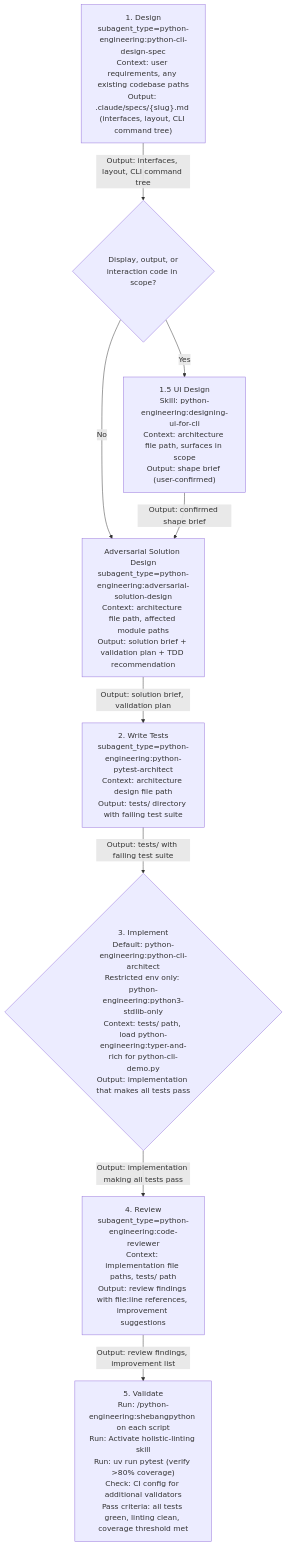
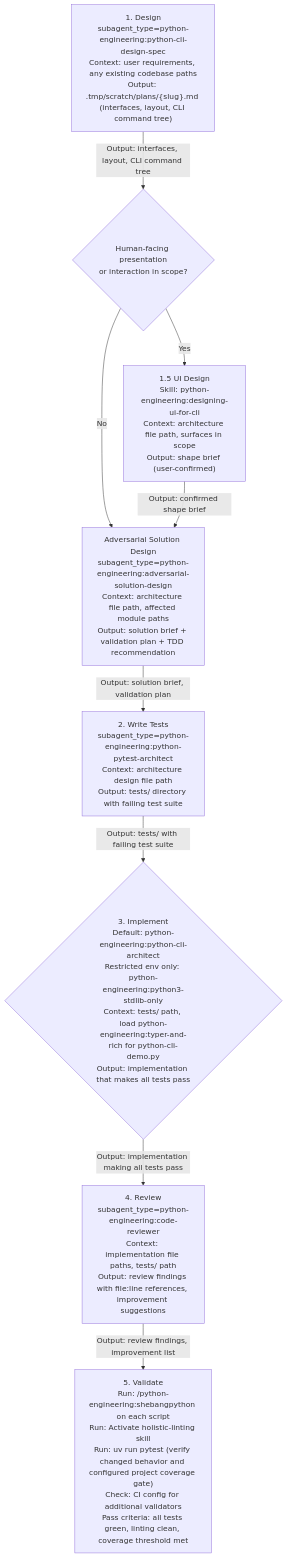
The first of 6 diagrams in plugins/python-engineering/skills/orchestrating-python-development/SKILL.md (Jamie-BitFlight/claude_skills), drawn with Mermaid before and after one commit. The commit also changed other lines of this file and 30 other files, not shown here.

Commit message:
fix(python-engineering): tighten contracts and preserve runtime semantics (#3863)

````diff
--- a/plugins/python-engineering/skills/orchestrating-python-development/SKILL.md
+++ b/plugins/python-engineering/skills/orchestrating-python-development/SKILL.md
@@ -51,19 +53,19 @@
 ```mermaid
 flowchart TD
-    S1["1. Design<br>subagent_type=python-engineering:python-cli-design-spec<br>Context: user requirements, any existing codebase paths<br>Output: .claude/specs/{slug}.md (interfaces, layout, CLI command tree)"]
+    S1["1. Design<br>subagent_type=python-engineering:python-cli-design-spec<br>Context: user requirements, any existing codebase paths<br>Output: .tmp/scratch/plans/{slug}.md (interfaces, layout, CLI command tree)"]
     S2["2. Write Tests<br>subagent_type=python-engineering:python-pytest-architect<br>Context: architecture design file path<br>Output: tests/ directory with failing test suite"]
     S3{"3. Implement<br>Default: python-engineering:python-cli-architect<br>Restricted env only: python-engineering:python3-stdlib-only<br>Context: tests/ path, load python-engineering:typer-and-rich for python-cli-demo.py<br>Output: implementation that makes all tests pass"}
     S4["4. Review<br>subagent_type=python-engineering:code-reviewer<br>Context: implementation file paths, tests/ path<br>Output: review findings with file:line references, improvement suggestions"]
-    S5["5. Validate<br>Run: /python-engineering:shebangpython on each script<br>Run: Activate holistic-linting skill<br>Run: uv run pytest (verify >80% coverage)<br>Check: CI config for additional validators<br>Pass criteria: all tests green, linting clean, coverage threshold met"]
-    S1Q{"Display, output, or<br>interaction code in scope?"}
+    S5["5. Validate<br>Run: /python-engineering:shebangpython on each script<br>Run: Activate holistic-linting skill<br>Run: uv run pytest (verify changed behavior and configured project coverage gate)<br>Check: CI config for additional validators<br>Pass criteria: all tests green, linting clean, coverage threshold met"]
+    S1Q{"Human-facing presentation<br>or interaction in scope?"}
     S1B["1.5 UI Design<br>Skill: python-engineering:designing-ui-for-cli<br>Context: architecture file path, surfaces in scope<br>Output: shape brief (user-confirmed)"]
     S1 -->|"Output: interfaces, layout, CLI command tree"| S1Q
     S_AD["Adversarial Solution Design<br>subagent_type=python-engineering:adversarial-solution-design<br>Context: architecture file path, affected module paths<br>Output: solution brief + validation plan + TDD recommendation"]
     S1Q -->|"No"| S_AD
     S1Q -->|"Yes"| S1B
     S1B -->|"Output: confirmed shape brief"| S_AD
     S_AD -->|"Output: solution brief, validation plan"| S2
     S2 -->|"Output: tests/ with failing test suite"| S3
     S3 -->|"Output: implementation making all tests pass"| S4
     S4 -->|"Output: review findings, improvement list"| S5
 ```
````
